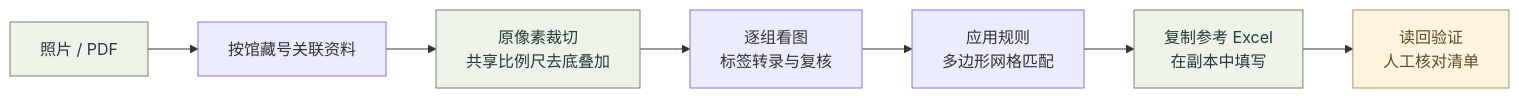
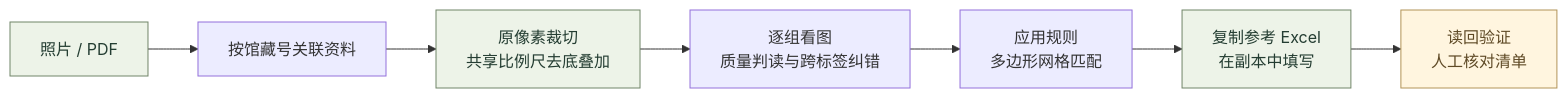
Before and after one commit to Gyoungwe/specimen-label-entry: the diagram in README.md, drawn with Mermaid. The commit also changed other lines of this file and 29 other files, not shown here.

````diff
--- a/README.md
+++ b/README.md
@@ -106,14 +107,14 @@
 ```mermaid
 flowchart LR
     A["照片 / PDF"] --> B["按馆藏号关联资料"]
     B --> C["原像素裁切<br/>共享比例尺去底叠加"]
-    C --> D["逐组看图<br/>标签转录与复核"]
+    C --> D["逐组看图<br/>质量判读与跨标签纠错"]
     D --> E["应用规则<br/>多边形网格匹配"]
     E --> F["复制参考 Excel<br/>在副本中填写"]
     F --> G["读回验证<br/>人工核对清单"]
 
     style A fill:#edf3e8,stroke:#718568,color:#243d32
     style C fill:#edf3e8,stroke:#718568,color:#243d32
     style F fill:#edf3e8,stroke:#718568,color:#243d32
     style G fill:#fff5df,stroke:#b29458,color:#5f4a26
 ```
````
